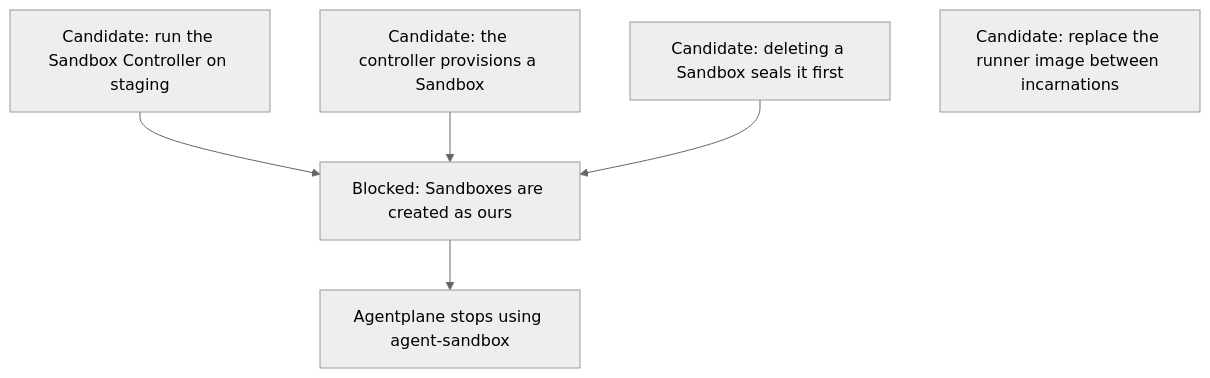
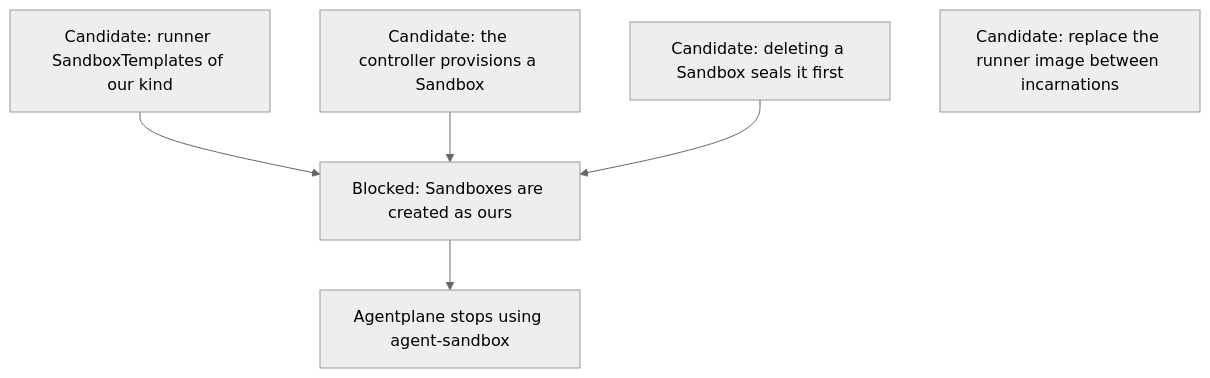
Diagram 11 of 15 in agentplane/plans/task_dag.md (agentydragon-agent/ducktape), drawn with Mermaid (neutral theme) before and after one commit. The commit also changed other lines of this file and 9 other files, not shown here.

First line of the commit message:
agentplane: run the Sandbox Controller on agentplane-testing (#10151)

````diff
--- a/agentplane/plans/task_dag.md
+++ b/agentplane/plans/task_dag.md
@@ -678,12 +678,12 @@
 ```mermaid
 flowchart TD
-    SANDBOX_CONTROLLER_DEPLOY[Candidate: run the Sandbox Controller on staging]
+    SANDBOX_RUNNER_TEMPLATES[Candidate: runner SandboxTemplates of our kind]
     SANDBOX_CONTROLLER_PROVISIONING[Candidate: the controller provisions a Sandbox]
     SANDBOX_CONTROLLER_TEARDOWN[Candidate: deleting a Sandbox seals it first]
     SANDBOX_IMAGE_REPLACE[Candidate: replace the runner image between incarnations]
     SANDBOX_CREATE_CUTOVER[Blocked: Sandboxes are created as ours]
-    SANDBOX_CONTROLLER_DEPLOY --> SANDBOX_CREATE_CUTOVER
+    SANDBOX_RUNNER_TEMPLATES --> SANDBOX_CREATE_CUTOVER
     SANDBOX_CONTROLLER_PROVISIONING --> SANDBOX_CREATE_CUTOVER
     SANDBOX_CONTROLLER_TEARDOWN --> SANDBOX_CREATE_CUTOVER
     SANDBOX_CREATE_CUTOVER --> AGENT_SANDBOX_RETIRE[Agentplane stops using agent-sandbox]
 ```
````
